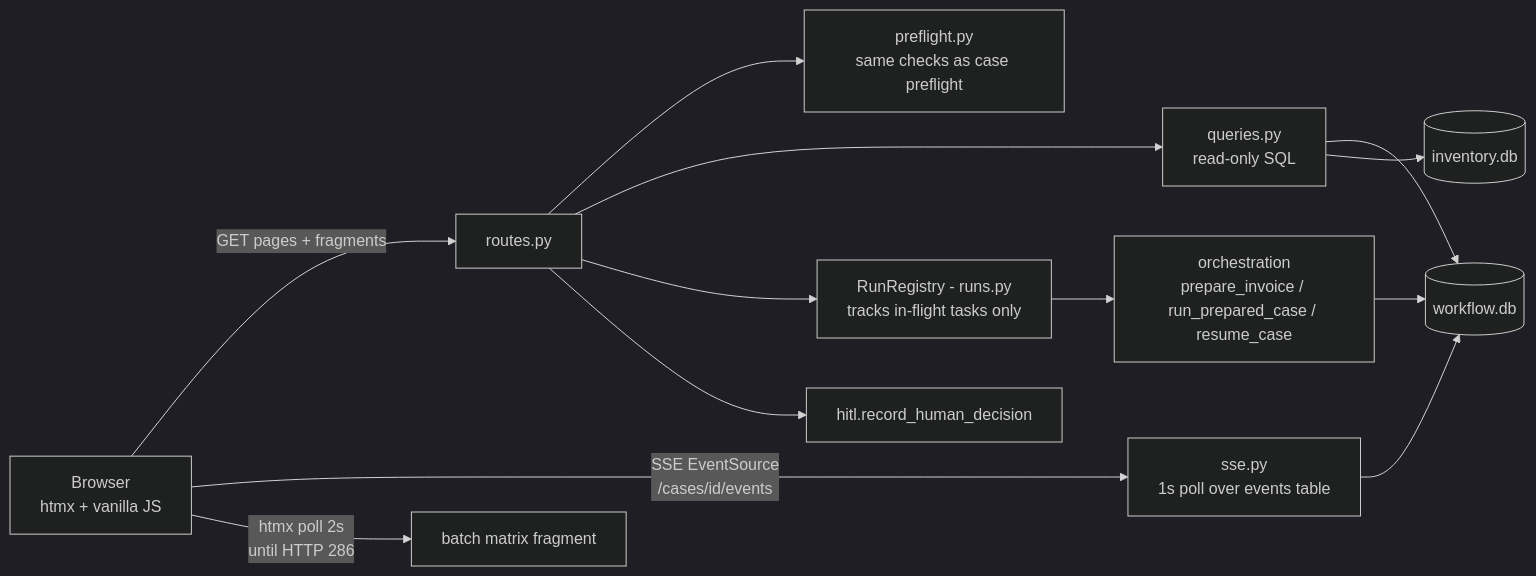
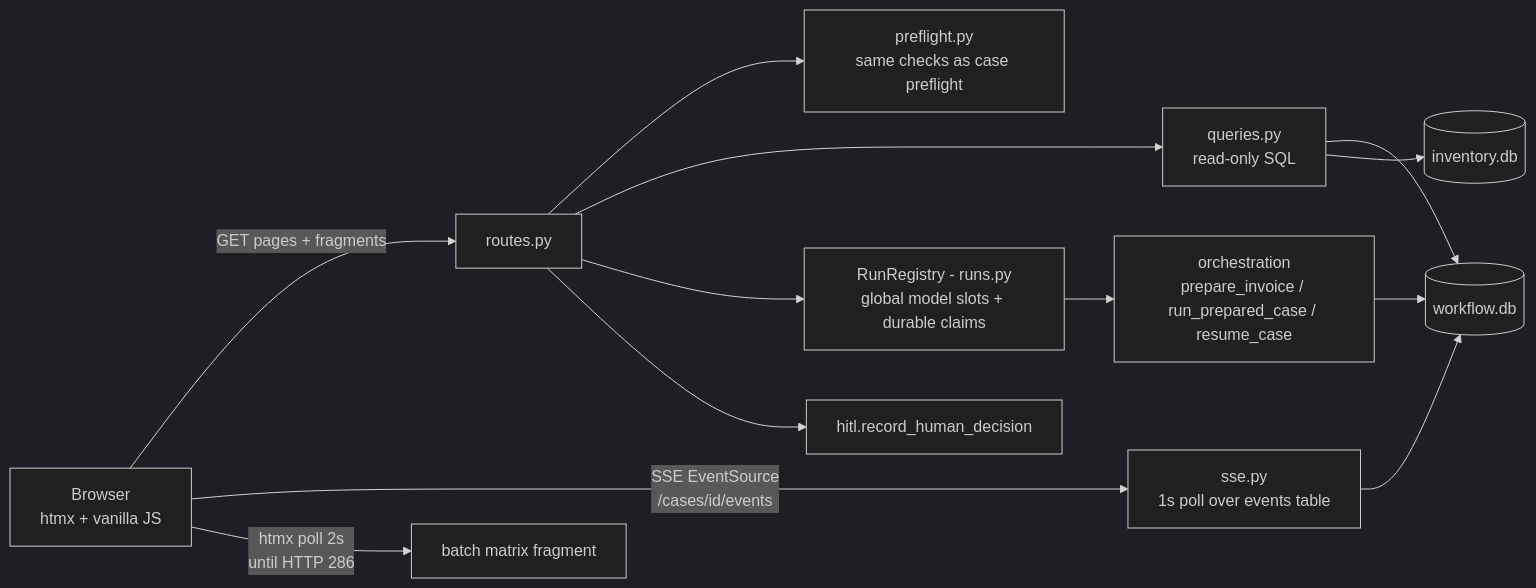
One commit to rmehta678/InvoiceProcessing changed the tenth of 10 diagrams in Docs/SYSTEM_GUIDE.md. Above: the diagram before and after it, drawn with Mermaid (dark theme). The commit also changed other lines of this file and 9 other files, not shown here.

````diff
--- a/Docs/SYSTEM_GUIDE.md
+++ b/Docs/SYSTEM_GUIDE.md
@@ -599,15 +695,15 @@
 ```mermaid
 flowchart LR
     B["Browser<br/>htmx + vanilla JS"] -->|"GET pages + fragments"| R["routes.py"]
     B -->|"SSE EventSource<br/>/cases/id/events"| SSE["sse.py<br/>1s poll over events table"]
     B -->|"htmx poll 2s<br/>until HTTP 286"| BATCH["batch matrix fragment"]
     R --> PF["preflight.py<br/>same checks as case preflight"]
     R --> Q["queries.py<br/>read-only SQL"]
-    R --> REG["RunRegistry - runs.py<br/>tracks in-flight tasks only"]
+    R --> REG["RunRegistry - runs.py<br/>global model slots + durable claims"]
     R --> HD["hitl.record_human_decision"]
     REG --> ORCH["orchestration<br/>prepare_invoice / run_prepared_case / resume_case"]
     Q --> WF[("workflow.db")]
     Q --> INV[("inventory.db")]
     SSE --> WF
     ORCH --> WF
 ```
````
